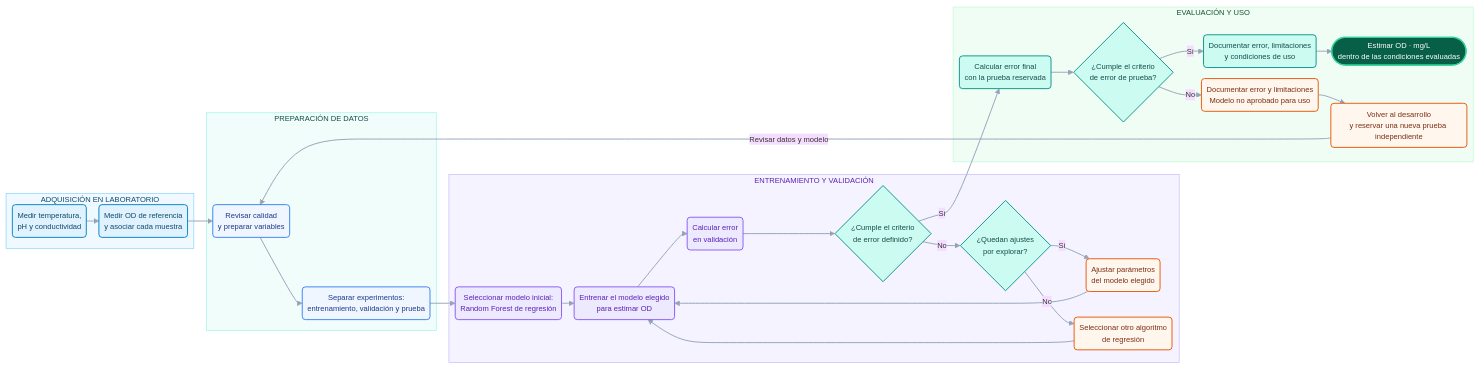
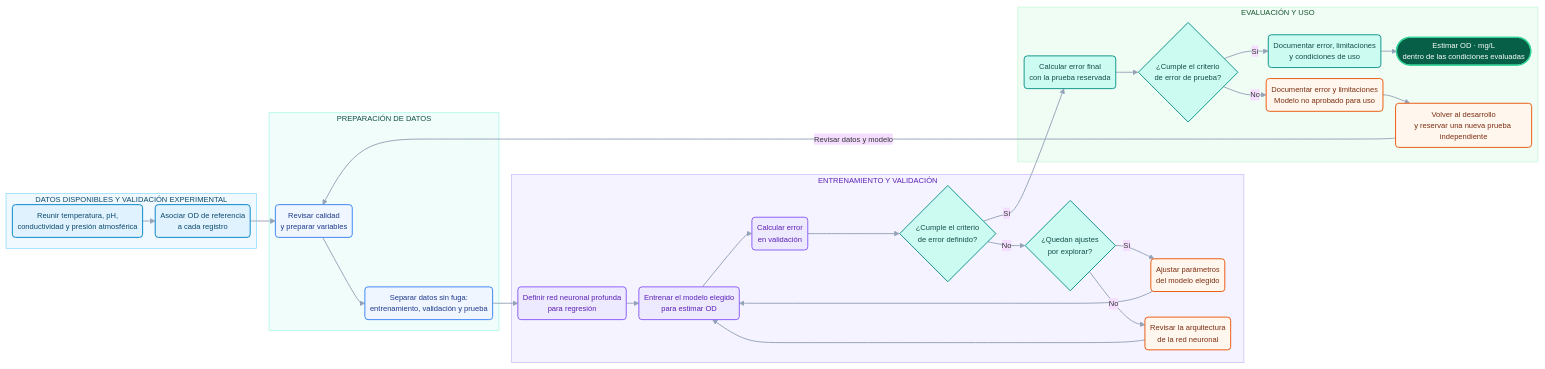
One commit to Marco404-Dev/PI_Equipo_09 changed the second of 3 diagrams in README.md. Above: the diagram before and after it, drawn with Mermaid. The commit also changed other lines of this file, not shown here.

````diff
--- a/README.md
+++ b/README.md
@@ -140,66 +150,66 @@
 ```mermaid
 %%{init: {"theme": "base", "themeVariables": {"fontSize": "12px"}, "flowchart": {"nodeSpacing": 15, "rankSpacing": 20, "padding": 8}}}%%
 flowchart LR
-    subgraph S1["ADQUISICIÓN EN LABORATORIO"]
-        A("Medir temperatura,<br/>pH y conductividad")
-        B("Medir OD de referencia<br/>y asociar cada muestra")
+    subgraph S1["DATOS DISPONIBLES Y VALIDACIÓN EXPERIMENTAL"]
+        A("Reunir temperatura, pH,<br/>conductividad y presión atmosférica")
+        B("Asociar OD de referencia<br/>a cada registro")
         A --> B
     end
 
     subgraph S2["PREPARACIÓN DE DATOS"]
         C("Revisar calidad<br/>y preparar variables")
-        D("Separar experimentos:<br/>entrenamiento, validación y prueba")
+        D("Separar datos sin fuga:<br/>entrenamiento, validación y prueba")
         C --> D
     end
 
     subgraph S3["ENTRENAMIENTO Y VALIDACIÓN"]
-        N("Seleccionar modelo inicial:<br/>Random Forest de regresión")
+        N("Definir red neuronal profunda<br/>para regresión")
         E("Entrenar el modelo elegido<br/>para estimar OD")
         F("Calcular error<br/>en validación")
         G{"¿Cumple el criterio<br/>de error definido?"}
         Q{"¿Quedan ajustes<br/>por explorar?"}
         H("Ajustar parámetros<br/>del modelo elegido")
-        R("Seleccionar otro algoritmo<br/>de regresión")
+        R("Revisar la arquitectura<br/>de la red neuronal")
         N --> E --> F --> G
         G -- No --> Q
         Q -- Sí --> H --> E
         Q -- No --> R --> E
     end
 
     subgraph S4["EVALUACIÓN Y USO"]
         I("Calcular error final<br/>con la prueba reservada")
         P{"¿Cumple el criterio<br/>de error de prueba?"}
         J("Documentar error, limitaciones<br/>y condiciones de uso")
         K(["Estimar OD · mg/L<br/>dentro de las condiciones evaluadas"])
         L("Documentar error y limitaciones<br/>Modelo no aprobado para uso")
         M("Volver al desarrollo<br/>y reservar una nueva prueba independiente")
         I --> P
         P -- Sí --> J --> K
         P -- No --> L --> M
     end
 
     B --> C
     D --> N
     G -- Sí --> I
     M -- Revisar datos y modelo --> C
 
     classDef datos fill:#E0F2FE,stroke:#0284C7,color:#0C4A6E,stroke-width:1.5px;
     classDef preparacion fill:#EFF6FF,stroke:#3B82F6,color:#1E3A8A,stroke-width:1.5px;
     classDef modelo fill:#EDE9FE,stroke:#8B5CF6,color:#5B21B6,stroke-width:1.5px;
     classDef decision fill:#CCFBF1,stroke:#0D9488,color:#134E4A,stroke-width:1.5px;
     classDef revision fill:#FFF7ED,stroke:#EA580C,color:#7C2D12,stroke-width:1.5px;
     classDef resultado fill:#065F46,stroke:#34D399,color:#FFFFFF,stroke-width:2px;
 
     class A,B datos;
     class C,D preparacion;
     class N,E,F modelo;
     class G,Q,I,J,P decision;
     class H,R,L,M revision;
     class K resultado;
 
     style S1 fill:#F0F9FF,stroke:#7DD3FC,color:#0C4A6E
     style S2 fill:#F0FDFA,stroke:#99F6E4,color:#134E4A
     style S3 fill:#F5F3FF,stroke:#C4B5FD,color:#5B21B6
     style S4 fill:#F0FDF4,stroke:#BBF7D0,color:#14532D
     linkStyle default stroke:#94A3B8,stroke-width:1.5px;
 ```
````
